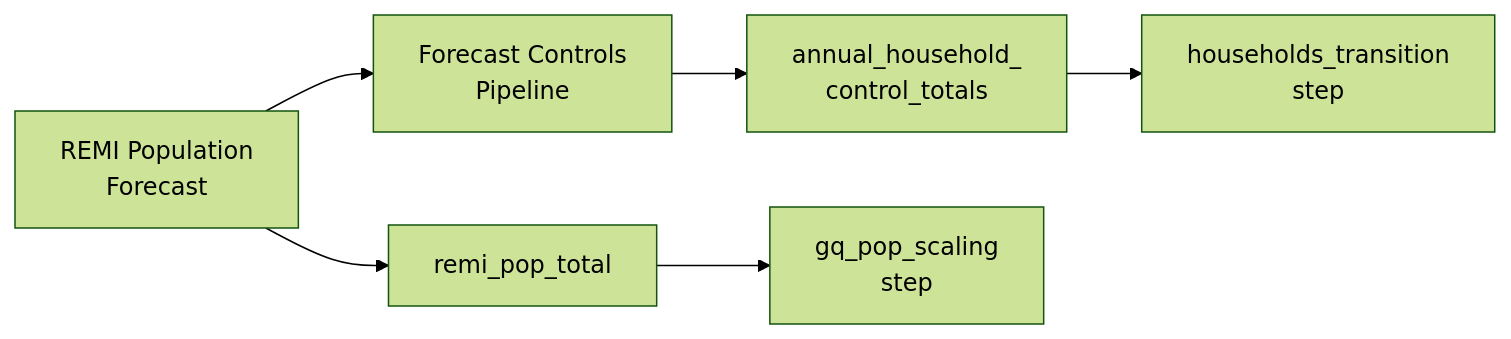
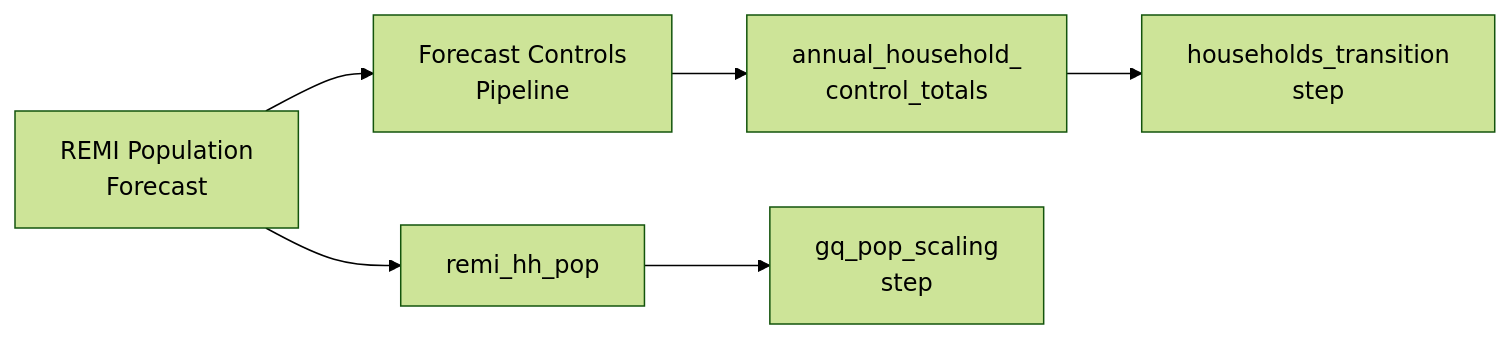
Before and after one commit to SEMCOG/semcog_urbansim: the first of 2 diagrams in data_wiki/domains/demographics.md, drawn with Mermaid (forest theme). The commit also changed other lines of this file and 2 other files, not shown here.

Commit message:
data_wiki update for remi_hh_pop

````diff
--- a/data_wiki/domains/demographics.md
+++ b/data_wiki/domains/demographics.md
@@ -85,8 +85,8 @@
 ```mermaid
 flowchart LR
     REMI[REMI Population\nForecast] --> FCP[Forecast Controls\nPipeline]
     FCP --> HHC[annual_household_\ncontrol_totals]
-    REMI --> RT[remi_pop_total]
+    REMI --> RT[remi_hh_pop]
     HHC --> T1[households_transition\nstep]
     RT  --> T2[gq_pop_scaling\nstep]
 ```
````
